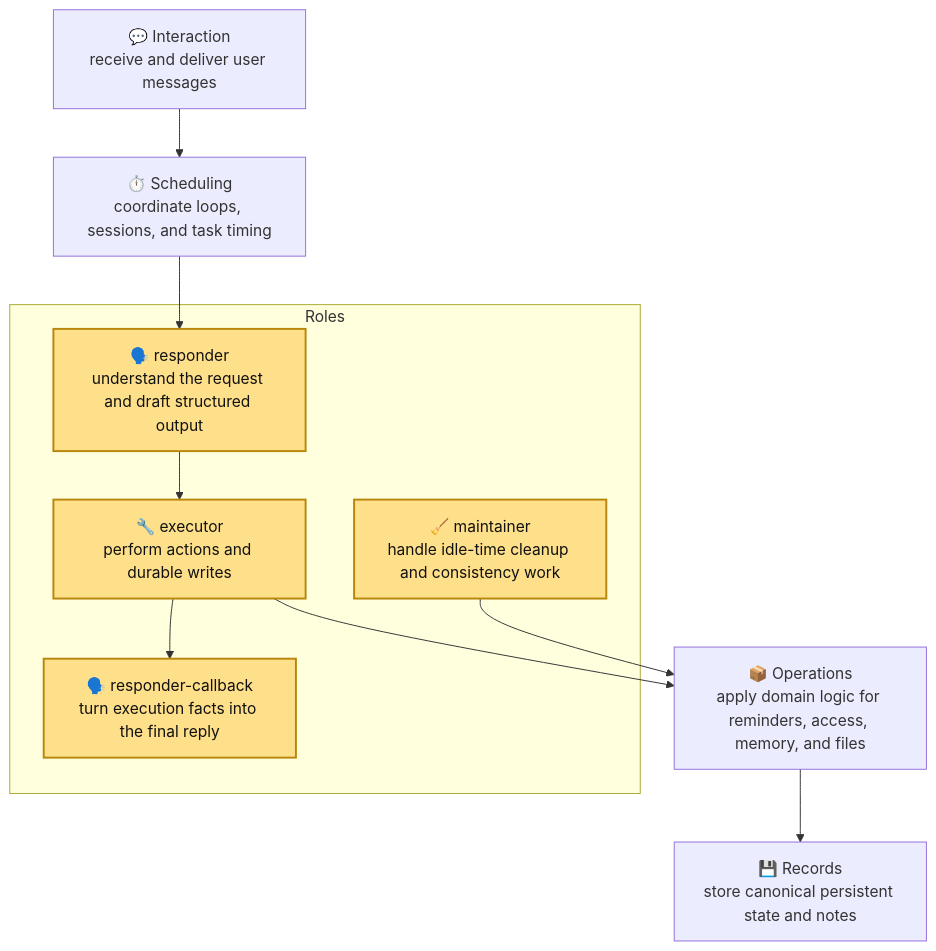
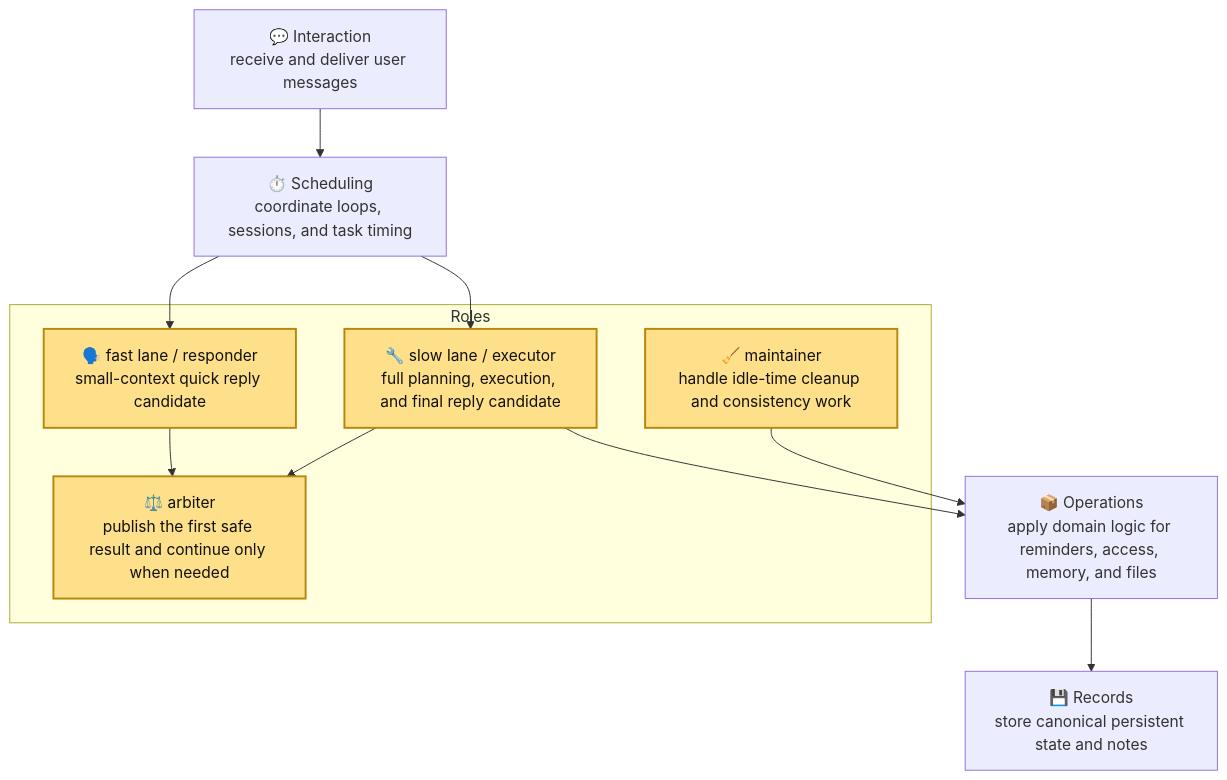
Before and after one commit to fyang93/fill-free: the diagram in README.md, drawn with Mermaid. The commit also changed other lines of this file and 2 other files, not shown here.

Commit message:
Update docs for fast-slow race architecture

````diff
--- a/README.md
+++ b/README.md
@@ -21,22 +21,26 @@
 ```mermaid
 flowchart TD
   I[💬 Interaction\nreceive and deliver user messages]
   S[⏱️ Scheduling\ncoordinate loops, sessions, and task timing]
 
   subgraph R[Roles]
-    RS[🗣️ responder\nunderstand the request and draft structured output]
-    RC[🗣️ responder-callback\nturn execution facts into the final reply]
-    RX[🔧 executor\nperform actions and durable writes]
+    RF[🗣️ fast lane / responder\nsmall-context quick reply candidate]
+    RS[🔧 slow lane / executor\nfull planning, execution, and final reply candidate]
+    RA[⚖️ arbiter\npublish the first safe result and continue only when needed]
     RM[🧹 maintainer\nhandle idle-time cleanup and consistency work]
   end
 
   O[📦 Operations\napply domain logic for reminders, access, memory, and files]
   D[💾 Records\nstore canonical persistent state and notes]
 
-  I --> S --> RS --> RX --> O --> D
-  RX --> RC
+  I --> S
+  S --> RF
+  S --> RS
+  RF --> RA
+  RS --> RA
+  RS --> O --> D
   RM --> O
 
   classDef role fill:#ffe08a,stroke:#b8860b,stroke-width:2px,color:#111;
-  class RS,RX,RC,RM role;
+  class RF,RS,RA,RM role;
 ```
````
